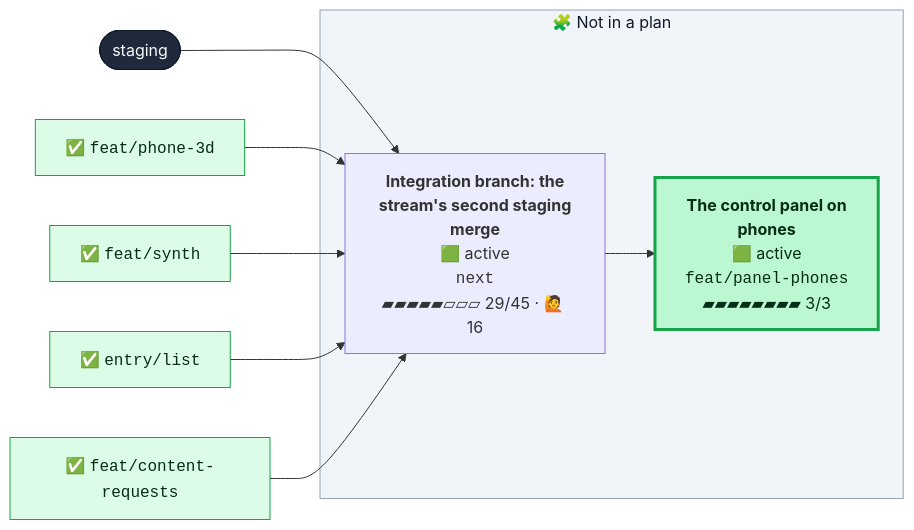
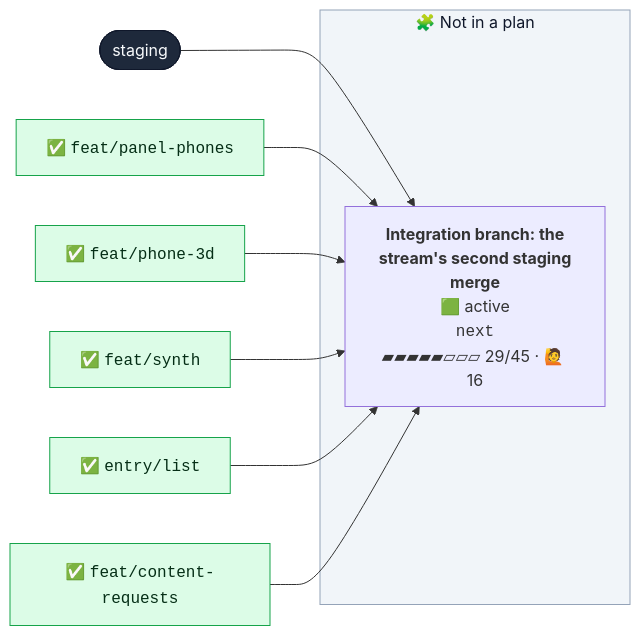
Before and after one commit to henryjonescodes/portfolio: the first of 2 diagrams in CONTRIBUTING.md, drawn with Mermaid. The commit also changed other lines of this file and 1 other file, not shown here.

````diff
--- a/CONTRIBUTING.md
+++ b/CONTRIBUTING.md
@@ -16,35 +16,35 @@
 ```mermaid
 flowchart LR
   n_staging([staging])
   class n_staging trunk
   subgraph loose["🧩 Not in a plan"]
-    n_feat_panel_phones["<b>The control panel on<br/>phones</b><br/>🟩 active<br/><code>feat/panel-phones</code><br/>▰▰▰▰▰▰▰▰ 3/3"]
-    class n_feat_panel_phones active
     n_next["<b>Integration branch: the<br/>stream's second staging<br/>merge</b><br/>🟩 active<br/><code>next</code><br/>▰▰▰▰▰▱▱▱ 29/45 · 🙋 16"]
     class n_next active,current
   end
   style loose fill:#f1f5f9,stroke:#94a3b8,color:#0f172a
-  n_next --> n_feat_panel_phones
   n_staging --> n_next
-  n_next_m0["✅ <code>feat/phone-3d</code>"]
+  n_next_m0["✅ <code>feat/panel-phones</code>"]
   class n_next_m0 merged
   n_next_m0 --> n_next
-  n_next_m1["✅ <code>feat/synth</code>"]
+  n_next_m1["✅ <code>feat/phone-3d</code>"]
   class n_next_m1 merged
   n_next_m1 --> n_next
-  n_next_m2["✅ <code>entry/list</code>"]
+  n_next_m2["✅ <code>feat/synth</code>"]
   class n_next_m2 merged
   n_next_m2 --> n_next
-  n_next_m3["✅ <code>feat/content-requests</code>"]
+  n_next_m3["✅ <code>entry/list</code>"]
   class n_next_m3 merged
   n_next_m3 --> n_next
+  n_next_m4["✅ <code>feat/content-requests</code>"]
+  class n_next_m4 merged
+  n_next_m4 --> n_next
   classDef merged fill:#dcfce7,stroke:#16a34a,color:#052e16
   classDef todo fill:#ffffff,stroke:#94a3b8,stroke-dasharray:2 2,color:#334155
   classDef planned fill:#c7d2fe,stroke:#4f46e5,color:#1e1b4b
   classDef sketched fill:#f8fafc,stroke:#64748b,stroke-dasharray:4 3,color:#334155
   classDef active fill:#bbf7d0,stroke:#16a34a,stroke-width:3px,color:#052e16
   classDef review fill:#fde68a,stroke:#d97706,stroke-width:3px,color:#451a03
   classDef blocked fill:#fecaca,stroke:#dc2626,stroke-width:3px,color:#450a0a
   classDef trunk fill:#1e293b,stroke:#0f172a,color:#f8fafc
   classDef current stroke:#0ea5e9,stroke-width:5px
 ```
````
